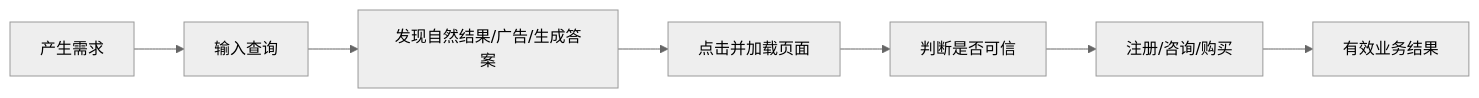
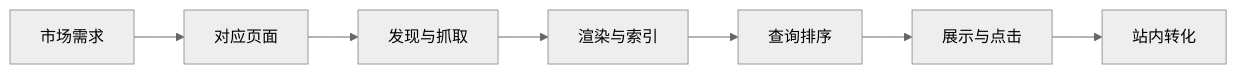
Before and after one commit to upJiang/jiang-blog-vitepress: the diagram in docs/seo/search-growth-model.md, drawn with Mermaid (neutral theme). The commit also changed other lines of this file and 209 other files, not shown here.

````diff
--- a/docs/seo/search-growth-model.md
+++ b/docs/seo/search-growth-model.md
@@ -36,9 +50,9 @@
 ```mermaid
 flowchart LR
-  A[产生需求] --> B[输入查询]
-  B --> C[发现自然结果/广告/生成答案]
-  C --> D[点击并加载页面]
-  D --> E[判断是否可信]
-  E --> F[注册/咨询/购买]
-  F --> G[有效业务结果]
+  A[市场需求] --> B[对应页面]
+  B --> C[发现与抓取]
+  C --> D[渲染与索引]
+  D --> E[查询排序]
+  E --> F[展示与点击]
+  F --> G[站内转化]
 ```
````
